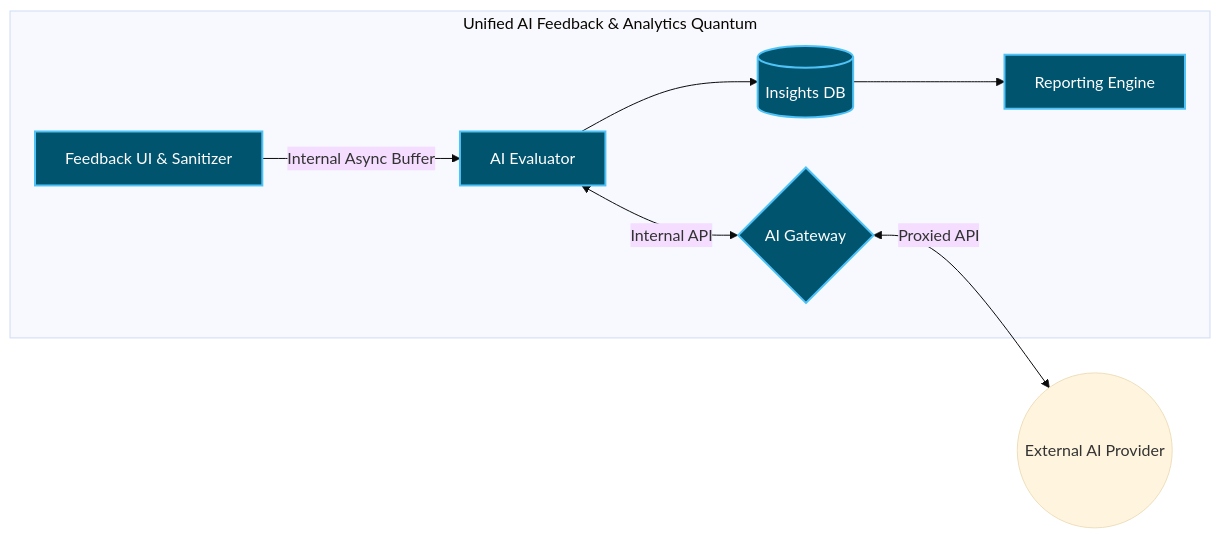
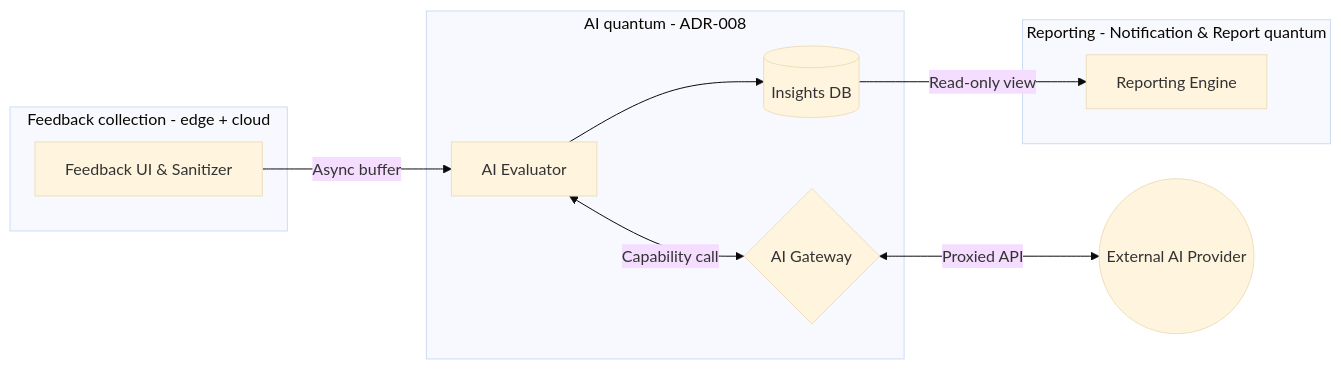
The first of 2 diagrams in ADR/adr-006-ai-feedback-evaluation-and-reporting.md (santhosh-challa/ground-truth), drawn with Mermaid (base theme) before and after one commit. The commit also changed other lines of this file and 10 other files, not shown here.

````diff
--- a/ADR/adr-006-ai-feedback-evaluation-and-reporting.md
+++ b/ADR/adr-006-ai-feedback-evaluation-and-reporting.md
@@ -25,14 +26,19 @@
 ```mermaid
 graph LR
-    subgraph Unified Architecture Quantum [Unified AI Feedback & Analytics Quantum]
-        A[Feedback UI & Sanitizer] -->|Internal Async Buffer| B[AI Evaluator]
-        B <-->|Internal API| C{AI Gateway}
+    subgraph Feedback [Feedback collection - edge + cloud]
+        A[Feedback UI & Sanitizer]
+    end
+    subgraph AIQ [AI quantum - ADR-008]
+        B[AI Evaluator]
+        C{AI Gateway}
         E[(Insights DB)]
-        B --> E
-        E --> F[Reporting Engine]
     end
+    subgraph Reporting [Reporting - Notification & Report quantum]
+        F[Reporting Engine]
+    end
+    A -->|Async buffer| B
+    B <-->|Capability call| C
+    B --> E
+    E -->|Read-only view| F
     C <-->|Proxied API| D((External AI Provider))
-    
-    classDef quantum fill:#01546e,stroke:#4fc3f7,stroke-width:2px,color:#fff;
-    class A,B,C,E,F quantum;
 ```
````
